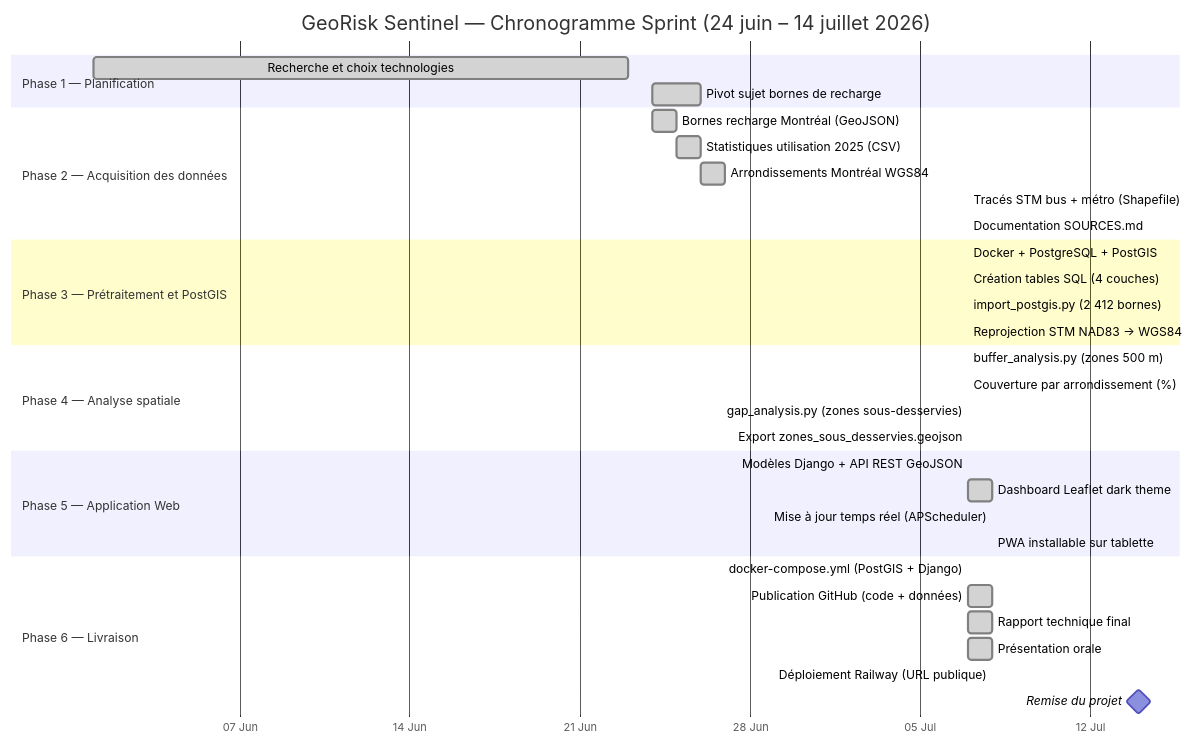
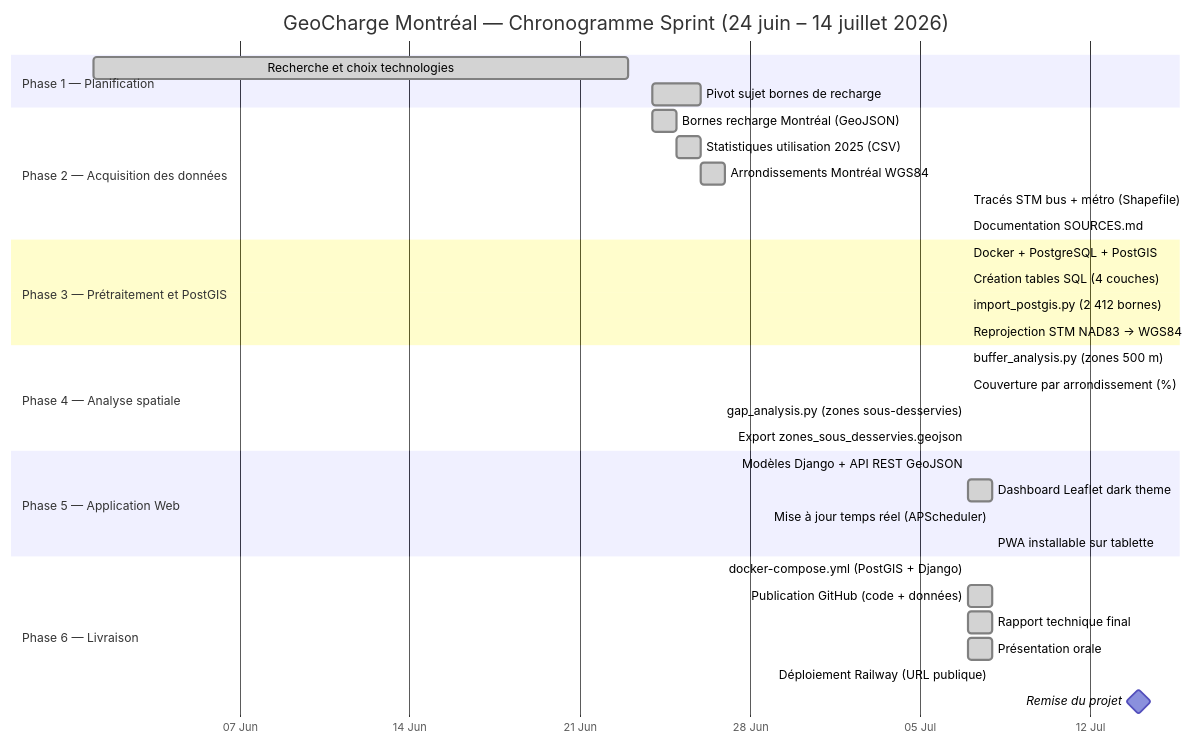
The diagram in CHRONOGRAMME.md (modou5604501/projet_Session), drawn with Mermaid before and after one commit. The commit also changed other lines of this file and 1 other file, not shown here.

Commit message:
docs: renommer GeoRisk Sentinel en GeoCharge Montreal dans README, RAPPORT_FINAL, CHRONOGRAMME

````diff
--- a/CHRONOGRAMME.md
+++ b/CHRONOGRAMME.md
@@ -24,43 +24,43 @@
 ```mermaid
 gantt
-    title GeoRisk Sentinel — Chronogramme Sprint (24 juin – 14 juillet 2026)
+    title GeoCharge Montréal — Chronogramme Sprint (24 juin – 14 juillet 2026)
     dateFormat  YYYY-MM-DD
     axisFormat  %d %b
 
     section Phase 1 — Planification
     Recherche et choix technologies         :done, p1a, 2026-06-01, 2026-06-23
     Pivot sujet bornes de recharge          :done, p1b, 2026-06-24, 2026-06-26
 
     section Phase 2 — Acquisition des données
     Bornes recharge Montréal (GeoJSON)      :done, p2a, 2026-06-24, 2026-06-25
     Statistiques utilisation 2025 (CSV)     :done, p2b, 2026-06-25, 2026-06-26
     Arrondissements Montréal WGS84          :done, p2c, 2026-06-26, 2026-06-27
     Tracés STM bus + métro (Shapefile)      :done, p2d, 2026-07-07, 2026-07-07
     Documentation SOURCES.md               :done, p2e, 2026-07-07, 2026-07-07
 
     section Phase 3 — Prétraitement et PostGIS
     Docker + PostgreSQL + PostGIS           :done, p3a, 2026-07-07, 2026-07-07
     Création tables SQL (4 couches)         :done, p3b, 2026-07-07, 2026-07-07
     import_postgis.py (2 412 bornes)        :done, p3c, 2026-07-07, 2026-07-07
     Reprojection STM NAD83 → WGS84          :done, p3d, 2026-07-07, 2026-07-07
 
     section Phase 4 — Analyse spatiale
     buffer_analysis.py (zones 500 m)        :done, p4a, 2026-07-07, 2026-07-07
     Couverture par arrondissement (%)       :done, p4b, 2026-07-07, 2026-07-07
     gap_analysis.py (zones sous-desservies) :done, p4c, 2026-07-07, 2026-07-07
     Export zones_sous_desservies.geojson    :done, p4d, 2026-07-07, 2026-07-07
 
     section Phase 5 — Application Web
     Modèles Django + API REST GeoJSON       :done, p5a, 2026-07-07, 2026-07-07
     Dashboard Leaflet dark theme            :done, p5b, 2026-07-07, 2026-07-08
     Mise à jour temps réel (APScheduler)    :done, p5c, 2026-07-08, 2026-07-08
     PWA installable sur tablette            :done, p5d, 2026-07-08, 2026-07-08
 
     section Phase 6 — Livraison
     docker-compose.yml (PostGIS + Django)   :done, p6a, 2026-07-07, 2026-07-07
     Publication GitHub (code + données)     :done, p6b, 2026-07-07, 2026-07-08
     Rapport technique final                 :done, p6c, 2026-07-07, 2026-07-08
     Présentation orale                      :done, p6d, 2026-07-07, 2026-07-08
     Déploiement Railway (URL publique)      :done, p6e, 2026-07-08, 2026-07-08
     Remise du projet                        :milestone, 2026-07-14, 2026-07-14
 ```
````
